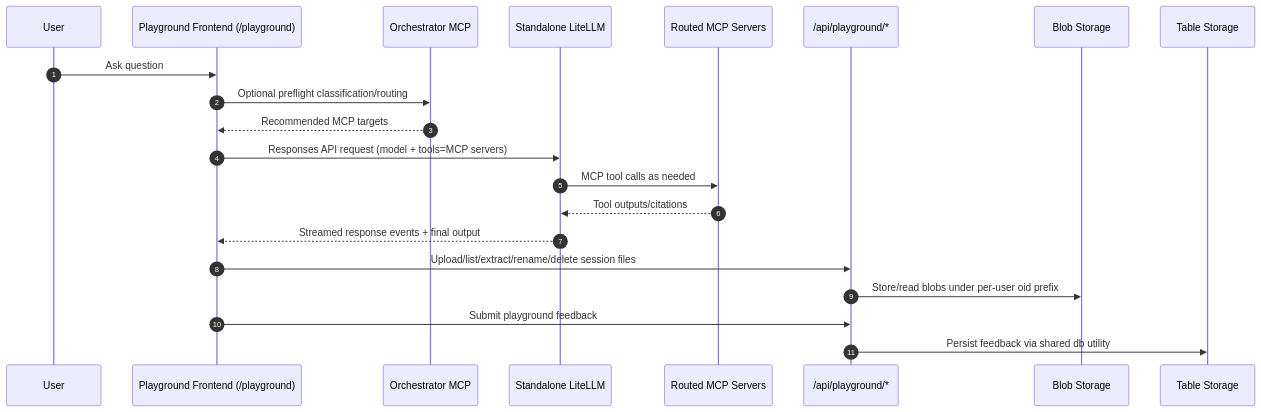
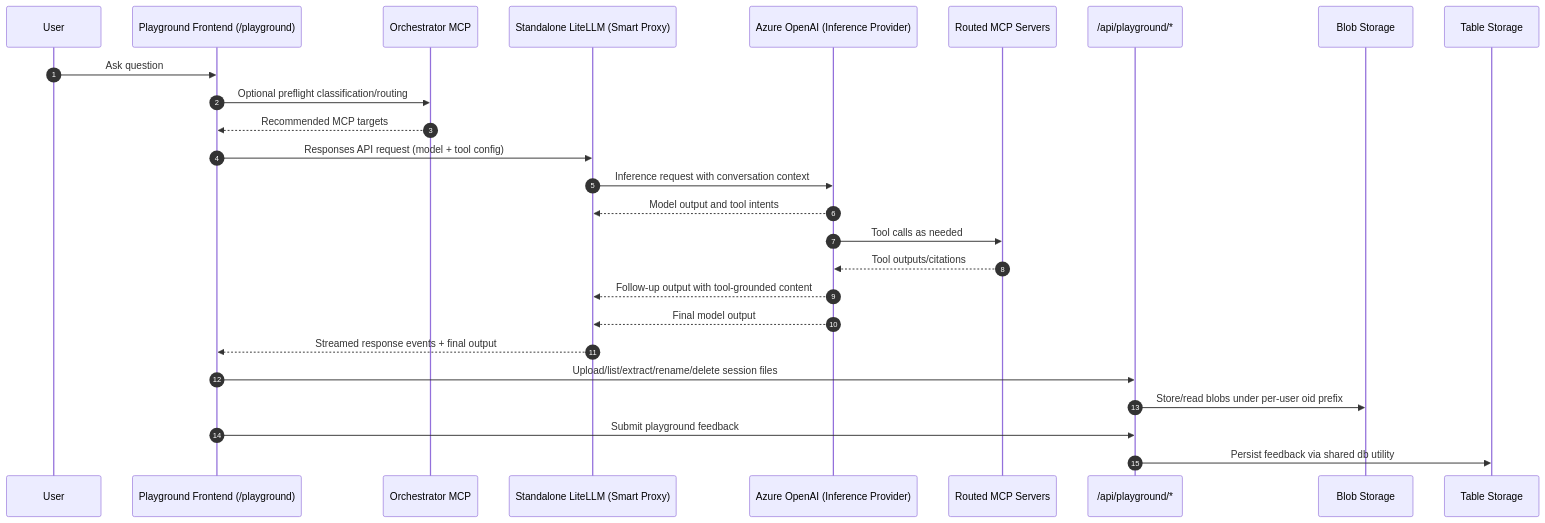
Before and after one commit to dto-btn/ssc-assistant: the third of 3 diagrams in docs/onboarding/architecture-overview.md, drawn with Mermaid. The commit also changed other lines of this file and 2 other files, not shown here.

Commit message:
docs: Update architecture and flow diagrams to reflect LiteLLM as a smart proxy for Azure OpenAI

````diff
--- a/docs/onboarding/architecture-overview.md
+++ b/docs/onboarding/architecture-overview.md
@@ -115,24 +116,29 @@
 ```mermaid
 sequenceDiagram
   autonumber
   participant U as User
   participant PFE as Playground Frontend (/playground)
   participant O as Orchestrator MCP
-  participant L as Standalone LiteLLM
+  participant L as Standalone LiteLLM (Smart Proxy)
+  participant AO as Azure OpenAI (Inference Provider)
   participant M as Routed MCP Servers
   participant PAPI as /api/playground/*
   participant B as Blob Storage
   participant T as Table Storage
 
   U->>PFE: Ask question
   PFE->>O: Optional preflight classification/routing
   O-->>PFE: Recommended MCP targets
-  PFE->>L: Responses API request (model + tools=MCP servers)
-  L->>M: MCP tool calls as needed
-  M-->>L: Tool outputs/citations
+  PFE->>L: Responses API request (model + tool config)
+  L->>AO: Inference request with conversation context
+  AO-->>L: Model output and tool intents
+  AO->>M: Tool calls as needed
+  M-->>AO: Tool outputs/citations
+  AO-->>L: Follow-up output with tool-grounded content
+  AO-->>L: Final model output
   L-->>PFE: Streamed response events + final output
   PFE->>PAPI: Upload/list/extract/rename/delete session files
   PAPI->>B: Store/read blobs under per-user oid prefix
   PFE->>PAPI: Submit playground feedback
   PAPI->>T: Persist feedback via shared db utility
 ```
````
